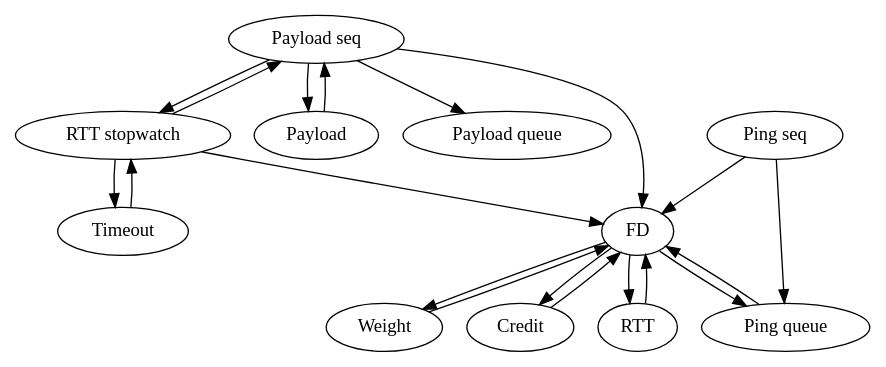
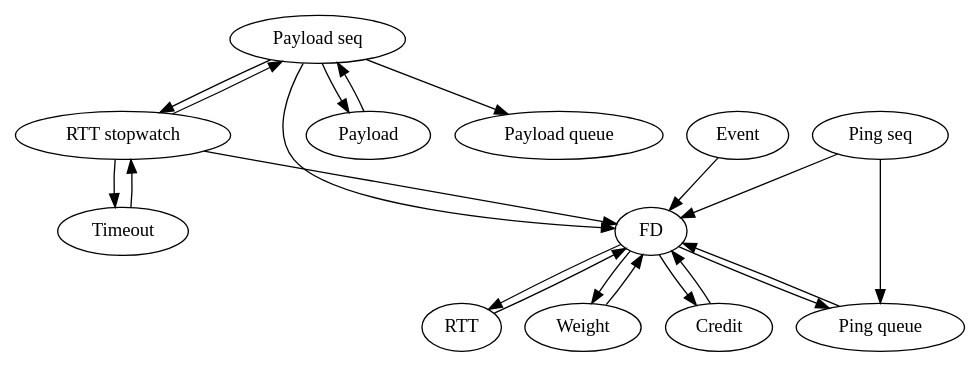
Before and after one commit to Banyc/ntcp: the diagram in README.md, drawn with Graphviz. The commit also changed other lines of this file, not shown here.

````diff
--- a/README.md
+++ b/README.md
@@ -64,23 +64,24 @@
   ```dot
   digraph {
     "Payload seq" -> FD
     "Payload seq" -> "RTT stopwatch"
     "Payload seq" -> Payload
     "Payload seq" -> "Payload queue"
     Payload -> "Payload seq"
     "RTT stopwatch" -> Timeout
     "RTT stopwatch" -> FD
     "RTT stopwatch" -> "Payload seq"
     Timeout -> "RTT stopwatch"
     FD -> RTT
     FD -> Weight
     FD -> "Ping queue"
     FD -> Credit
     RTT -> FD
     Weight -> FD
     Credit -> FD
     "Ping seq" -> FD
     "Ping seq" -> "Ping queue"
     "Ping queue" -> FD
+    Event -> FD
   }
   ```
````
